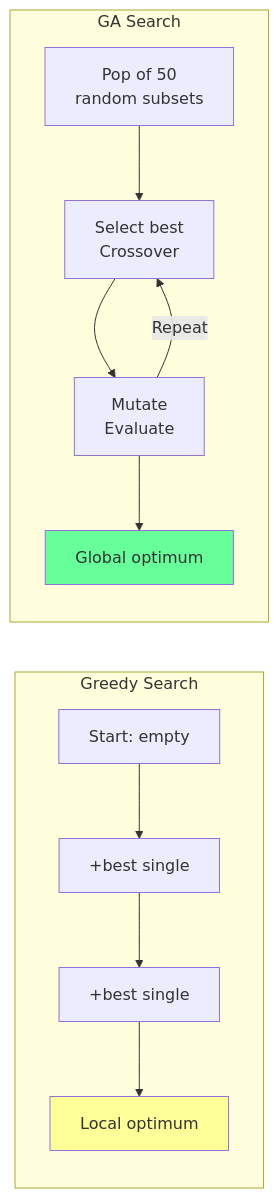
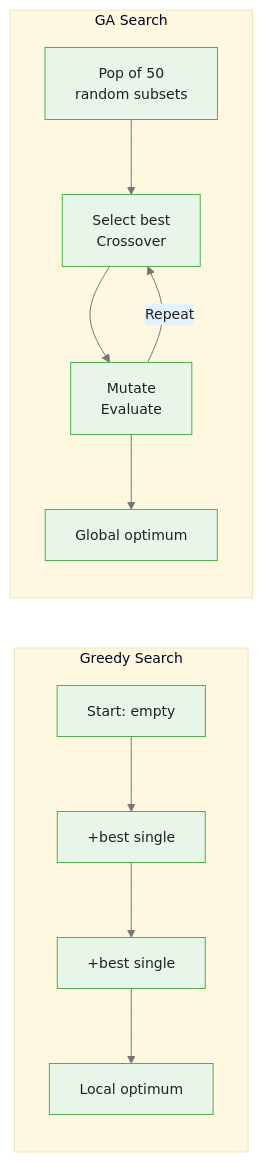
One commit to m-deane/course-creator changed the second of 3 diagrams in courses/genetic-algorithms-feature-selection/modules/module_00_foundations/guides/01_feature_selection_challenge_slides.md. Above: the diagram before and after it, drawn with Mermaid. The commit also changed other lines of this file and 52 other files, not shown here.

````diff
--- a/courses/genetic-algorithms-feature-selection/modules/module_00_foundations/guides/01_feature_selection_challenge_slides.md
+++ b/courses/genetic-algorithms-feature-selection/modules/module_00_foundations/guides/01_feature_selection_challenge_slides.md
@@ -157,12 +175,11 @@
 ```mermaid
+%%{init: {"theme": "base", "themeVariables": {"primaryColor": "#e8f5e9", "primaryBorderColor": "#4caf50", "primaryTextColor": "#212121", "secondaryColor": "#e3f2fd", "tertiaryColor": "#fff8e1", "lineColor": "#757575", "fontFamily": "Inter, sans-serif", "fontSize": "14px"}}}%%
 flowchart LR
     subgraph "Greedy Search"
         G1[Start: empty] --> G2["+best single"] --> G3["+best single"] --> G4["Local optimum"]
     end
     subgraph "GA Search"
         P1["Pop of 50<br/>random subsets"] --> P2["Select best<br/>Crossover"] --> P3["Mutate<br/>Evaluate"] --> P4["Global optimum"]
         P3 -->|"Repeat"| P2
     end
-    style G4 fill:#ff9
-    style P4 fill:#6f9
 ```
````
